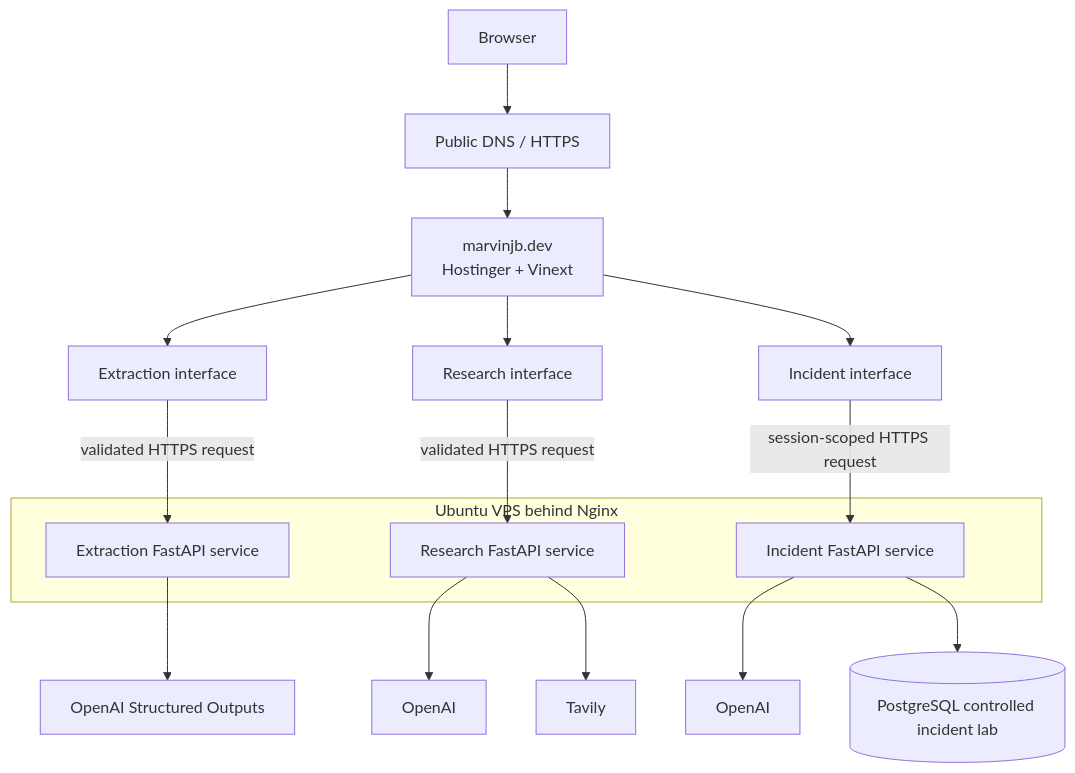
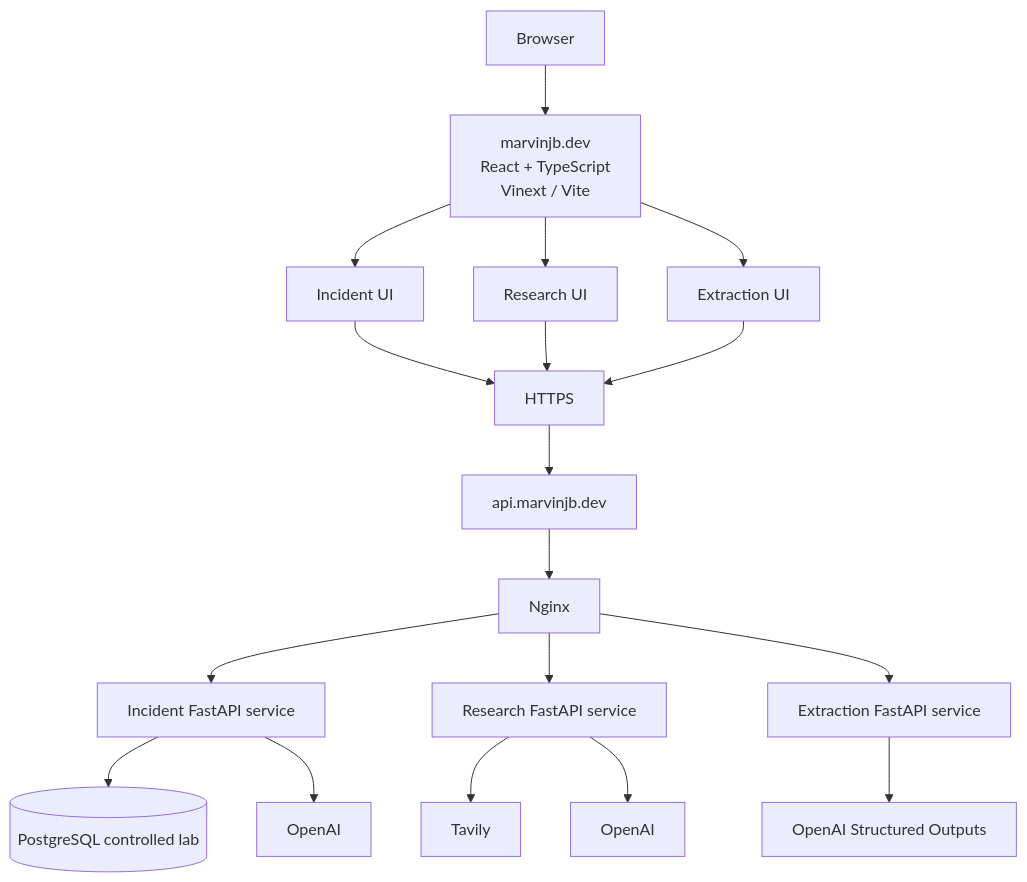
The diagram in docs/ARCHITECTURE.md (marvinjbb/marvinjb.dev), drawn with Mermaid before and after one commit. The commit also changed other lines of this file and 5 other files, not shown here.

````diff
--- a/docs/ARCHITECTURE.md
+++ b/docs/ARCHITECTURE.md
@@ -15,25 +15,23 @@
 ```mermaid
 flowchart TB
-    B[Browser] --> D[Public DNS / HTTPS]
-    D --> F[marvinjb.dev<br/>Hostinger + Vinext]
+    B[Browser] --> F[marvinjb.dev<br/>React + TypeScript<br/>Vinext / Vite]
+    F --> IF[Incident UI]
+    F --> RF[Research UI]
+    F --> XF[Extraction UI]
 
-    F --> XF[Extraction interface]
-    F --> RF[Research interface]
-    F --> IF[Incident interface]
+    IF --> H[HTTPS]
+    RF --> H
+    XF --> H
+    H --> A[api.marvinjb.dev]
+    A --> N[Nginx]
 
-    XF -->|validated HTTPS request| XAPI[Extraction FastAPI service]
-    RF -->|validated HTTPS request| RAPI[Research FastAPI service]
-    IF -->|session-scoped HTTPS request| IAPI[Incident FastAPI service]
+    N --> IAPI[Incident FastAPI service]
+    N --> RAPI[Research FastAPI service]
+    N --> XAPI[Extraction FastAPI service]
 
-    subgraph VPS[Ubuntu VPS behind Nginx]
-        XAPI
-        RAPI
-        IAPI
-    end
-
+    IAPI --> PG[(PostgreSQL controlled lab)]
+    IAPI --> IO[OpenAI]
+    RAPI --> TS[Tavily]
+    RAPI --> RO[OpenAI]
     XAPI --> XO[OpenAI Structured Outputs]
-    RAPI --> RO[OpenAI]
-    RAPI --> TS[Tavily]
-    IAPI --> IO[OpenAI]
-    IAPI --> PG[(PostgreSQL controlled incident lab)]
 ```
````
